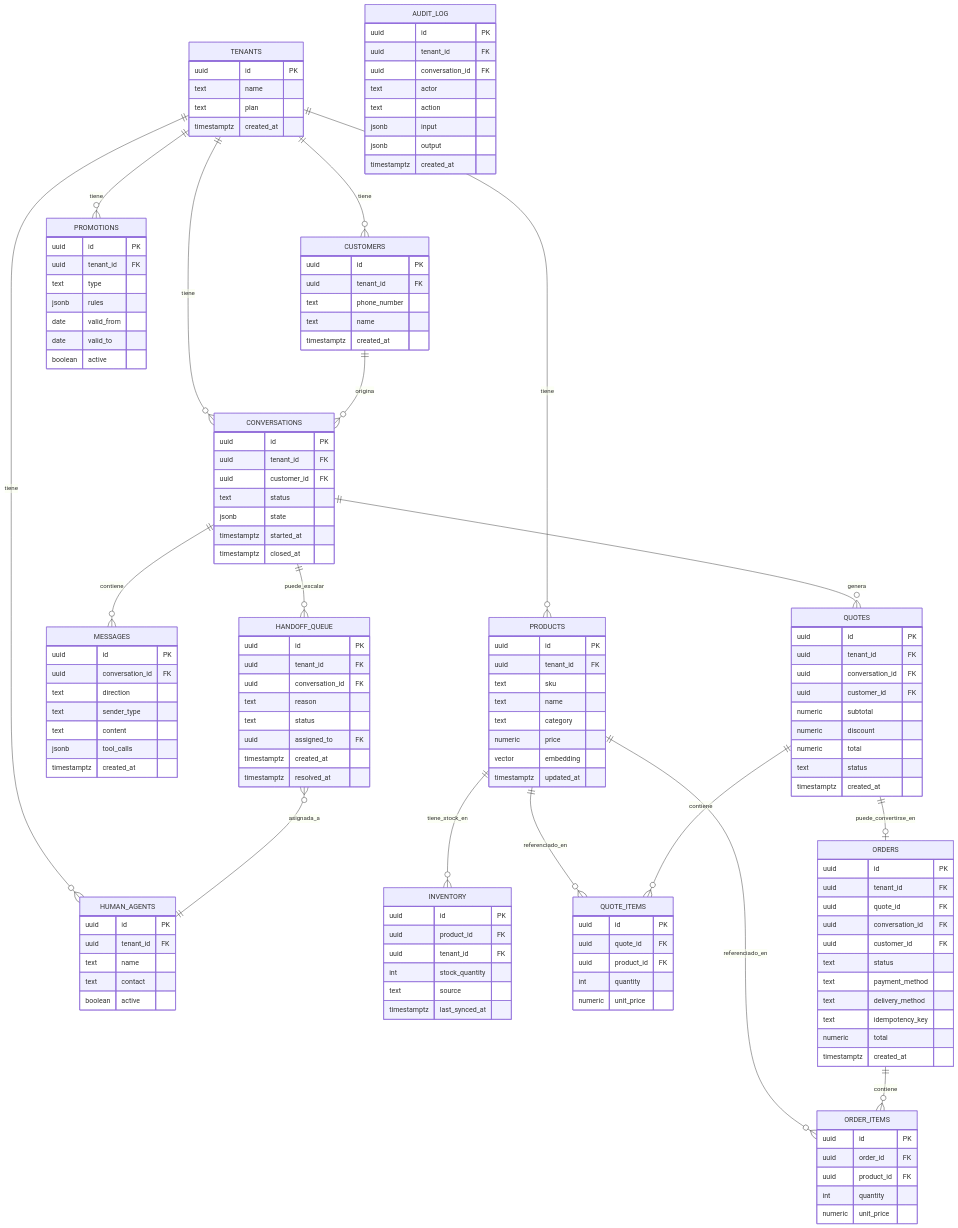
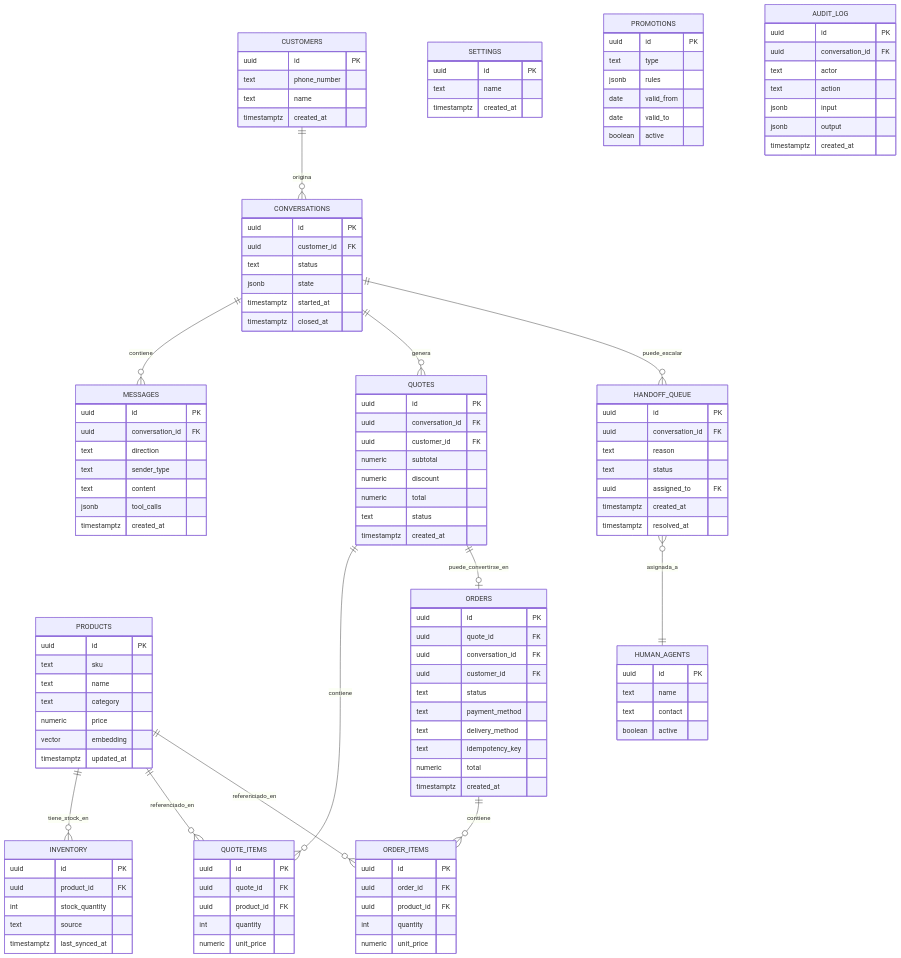
One commit to devrochy/agent-sale changed the diagram in docs/fase-1-arquitectura/modelo-datos.md. Above: the diagram before and after it, drawn with Mermaid. The commit also changed other lines of this file and 63 other files, not shown here.

````diff
--- a/docs/fase-1-arquitectura/modelo-datos.md
+++ b/docs/fase-1-arquitectura/modelo-datos.md
@@ -7,11 +7,5 @@
 ```mermaid
 erDiagram
-    TENANTS ||--o{ CUSTOMERS : tiene
-    TENANTS ||--o{ PRODUCTS : tiene
-    TENANTS ||--o{ CONVERSATIONS : tiene
-    TENANTS ||--o{ PROMOTIONS : tiene
-    TENANTS ||--o{ HUMAN_AGENTS : tiene
-
     CUSTOMERS ||--o{ CONVERSATIONS : origina
     CONVERSATIONS ||--o{ MESSAGES : contiene
     CONVERSATIONS ||--o{ QUOTES : genera
@@ -27,22 +21,19 @@
     ORDERS ||--o{ ORDER_ITEMS : contiene
     HANDOFF_QUEUE }o--|| HUMAN_AGENTS : asignada_a
 
-    TENANTS {
+    SETTINGS {
         uuid id PK
         text name
-        text plan
         timestamptz created_at
     }
     CUSTOMERS {
         uuid id PK
-        uuid tenant_id FK
         text phone_number
         text name
         timestamptz created_at
     }
     CONVERSATIONS {
         uuid id PK
-        uuid tenant_id FK
         uuid customer_id FK
         text status
         jsonb state
@@ -60,7 +51,6 @@
     }
     PRODUCTS {
         uuid id PK
-        uuid tenant_id FK
         text sku
         text name
         text category
@@ -71,14 +61,12 @@
     INVENTORY {
         uuid id PK
         uuid product_id FK
-        uuid tenant_id FK
         int stock_quantity
         text source
         timestamptz last_synced_at
     }
     PROMOTIONS {
         uuid id PK
-        uuid tenant_id FK
         text type
         jsonb rules
         date valid_from
@@ -87,7 +75,6 @@
     }
     QUOTES {
         uuid id PK
-        uuid tenant_id FK
         uuid conversation_id FK
         uuid customer_id FK
         numeric subtotal
@@ -105,7 +92,6 @@
     }
     ORDERS {
         uuid id PK
-        uuid tenant_id FK
         uuid quote_id FK
         uuid conversation_id FK
         uuid customer_id FK
@@ -125,7 +111,6 @@
     }
     HANDOFF_QUEUE {
         uuid id PK
-        uuid tenant_id FK
         uuid conversation_id FK
         text reason
         text status
@@ -135,14 +120,12 @@
     }
     HUMAN_AGENTS {
         uuid id PK
-        uuid tenant_id FK
         text name
         text contact
         boolean active
     }
     AUDIT_LOG {
         uuid id PK
-        uuid tenant_id FK
         uuid conversation_id FK
         text actor
         text action
````
